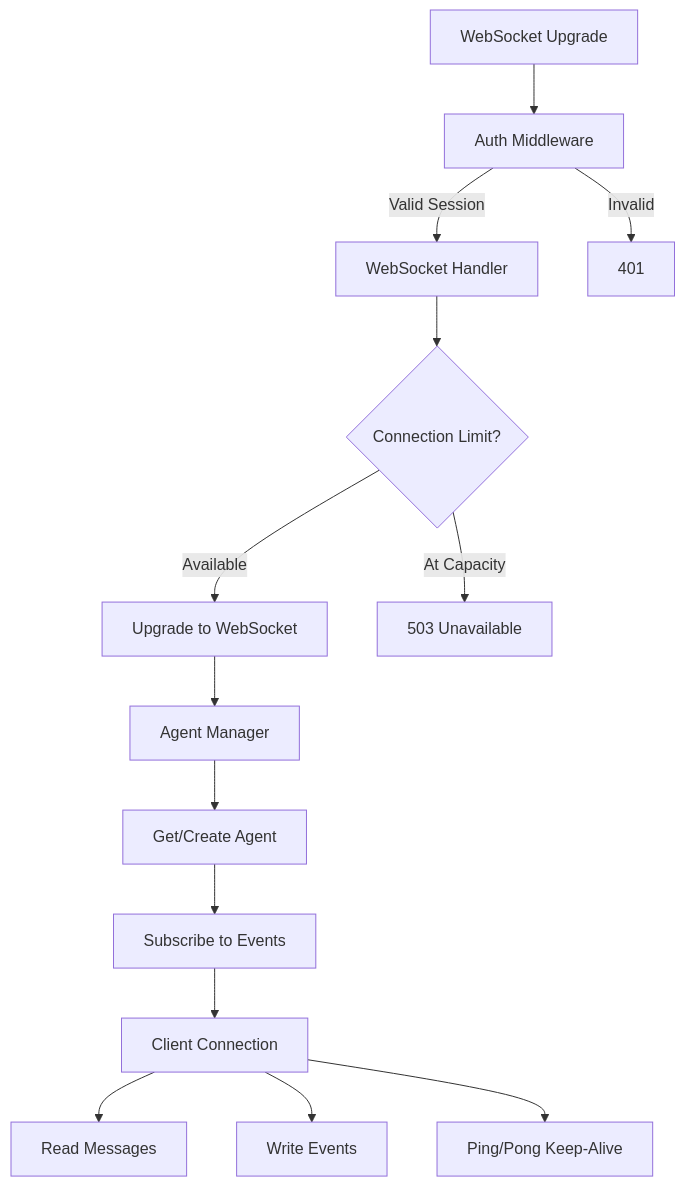
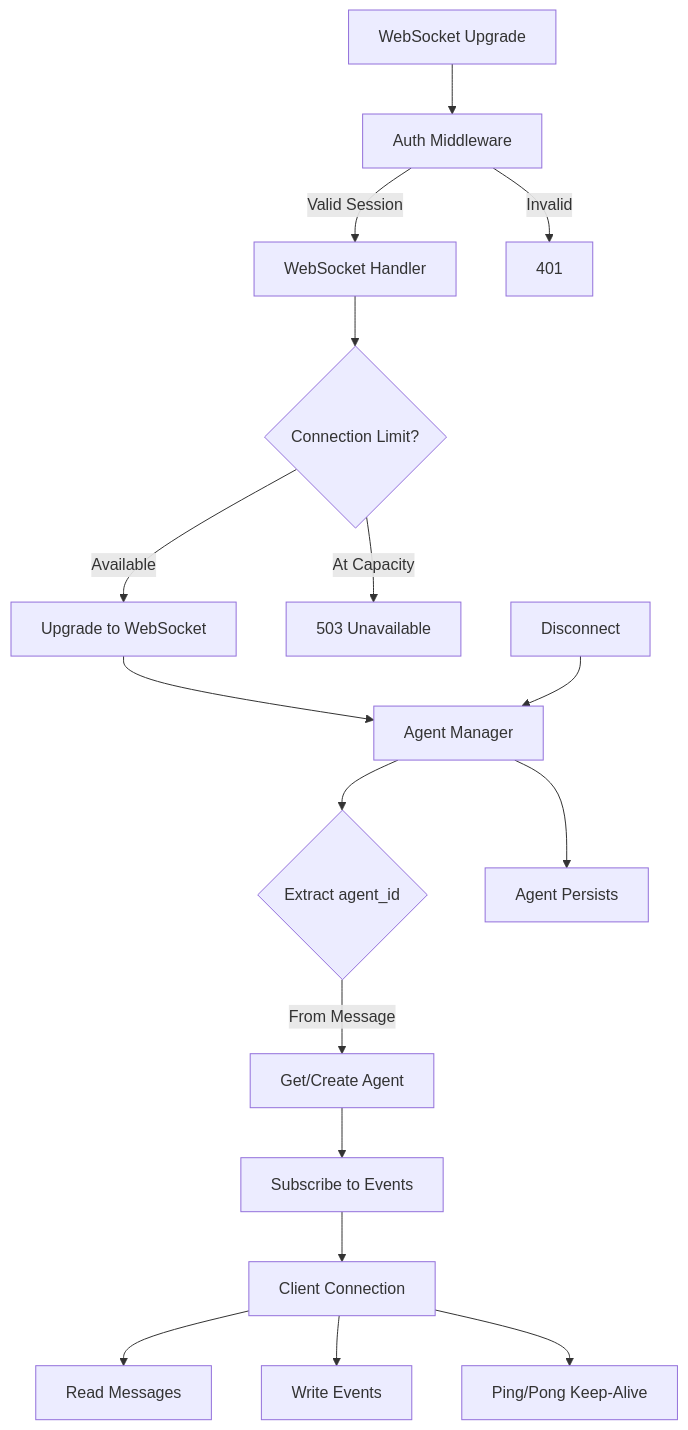
One commit to radch-ai/ava changed the first of 2 diagrams in docs/websocket.md. Above: the diagram before and after it, drawn with Mermaid. The commit also changed other lines of this file and 7 other files, not shown here.

First line of the commit message:
docs: regenerate documentation for multi-agent storage architecture

````diff
--- a/docs/websocket.md
+++ b/docs/websocket.md
@@ -7,19 +7,23 @@
 ```mermaid
 flowchart TB
     Request[WebSocket Upgrade] --> AuthMW[Auth Middleware]
     AuthMW -->|Valid Session| Handler[WebSocket Handler]
     AuthMW -->|Invalid| Unauthorized[401]
 
     Handler --> CheckLimit{Connection Limit?}
     CheckLimit -->|Available| Upgrade[Upgrade to WebSocket]
     CheckLimit -->|At Capacity| Full[503 Unavailable]
 
     Upgrade --> AgentMgr[Agent Manager]
-    AgentMgr --> GetAgent[Get/Create Agent]
+    AgentMgr --> ExtractID{Extract agent_id}
+    ExtractID -->|From Message| GetAgent[Get/Create Agent]
     GetAgent --> Subscribe[Subscribe to Events]
     Subscribe --> Client[Client Connection]
 
     Client --> ReadLoop[Read Messages]
     Client --> WriteLoop[Write Events]
     Client --> Ping[Ping/Pong Keep-Alive]
+
+    Disconnect[Disconnect] --> AgentMgr
+    AgentMgr --> Persist[Agent Persists]
 ```
````
